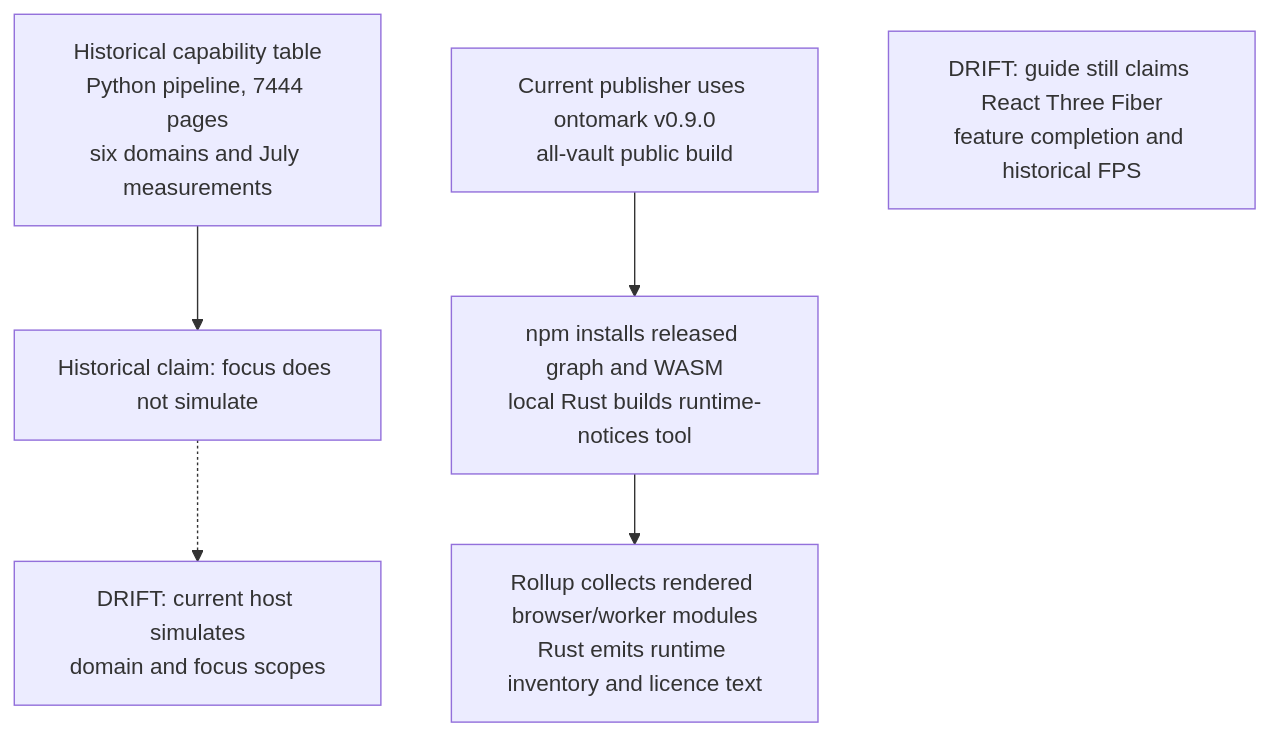
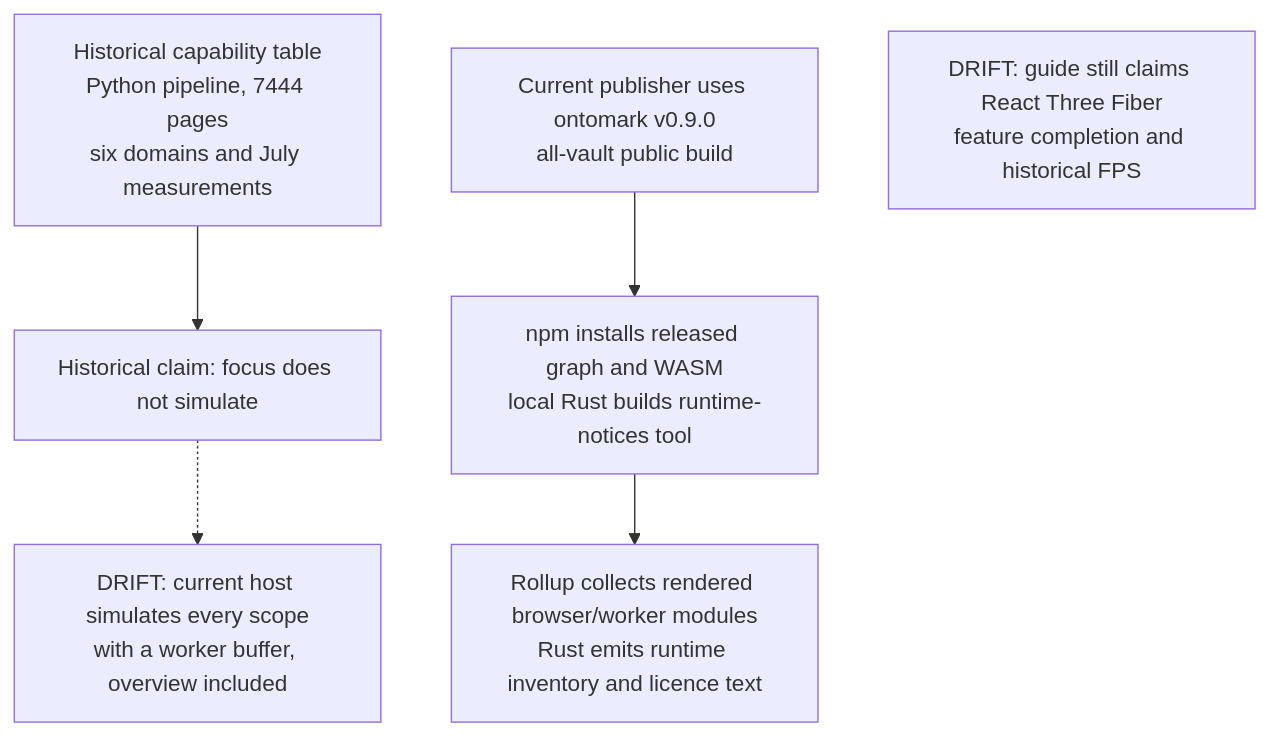
One commit to DreamLab-AI/VisionFlow changed the third of 7 diagrams in docs/diagrams/visiongraph/06-shipping-explorer-duplication.md. Above: the diagram before and after it, drawn with Mermaid. The commit also changed other lines of this file and 11 other files, not shown here.

First line of the commit message:
docs(diagrams): visiongraph and knowledgegraph re-verified (explorer on vowl-wasm 0.4.0, knowledgeGraph explorer retired)

````diff
--- a/docs/diagrams/visiongraph/06-shipping-explorer-duplication.md
+++ b/docs/diagrams/visiongraph/06-shipping-explorer-duplication.md
@@ -95,20 +99,20 @@
 ```mermaid
 flowchart TB
     %% Source: ../visionGraph/publishing-tools/WasmVOWL/CAPABILITIES.md:24
     A["Historical capability table<br/>Python pipeline, 7444 pages<br/>six domains and July measurements"]
     %% Source: ../visionGraph/publishing-tools/WasmVOWL/CAPABILITIES.md:50
     A --> B["Historical claim: focus does not simulate"]
-    %% Source: ../visionGraph/publishing-tools/WasmVOWL/modern/src/components/Canvas/GraphCanvas.tsx:44
-    B -.-> C["DRIFT: current host simulates<br/>domain and focus scopes"]
+    %% Source: ../visionGraph/publishing-tools/WasmVOWL/modern/src/components/Canvas/GraphCanvas.tsx:47
+    B -.-> C["DRIFT: current host simulates every scope<br/>with a worker buffer, overview included"]
     %% Source: ../visionGraph/.github/workflows/publish.yml:48
     %% Source: ../visionGraph/.github/workflows/publish.yml:175
     D["Current publisher uses ontomark v0.9.0<br/>all-vault public build"]
     %% Source: ../visionGraph/publishing-tools/WasmVOWL/modern/package.json:8
-    %% Source: ../visionGraph/publishing-tools/WasmVOWL/modern/package.json:24
+    %% Source: ../visionGraph/publishing-tools/WasmVOWL/modern/package.json:24-25
     D --> E["npm installs released graph and WASM<br/>local Rust builds runtime-notices tool"]
     %% Source: ../visionGraph/publishing-tools/WasmVOWL/modern/build/runtimeNotices.ts:12
     %% Source: ../visionGraph/publishing-tools/WasmVOWL/modern/build/runtimeNotices.ts:22
     E --> F["Rollup collects rendered browser/worker modules<br/>Rust emits runtime inventory and licence text"]
     %% Source: ../visionGraph/publishing-tools/WasmVOWL/CLAUDE.md:8
     G["DRIFT: guide still claims React Three Fiber<br/>feature completion and historical FPS"]
 ```
````
